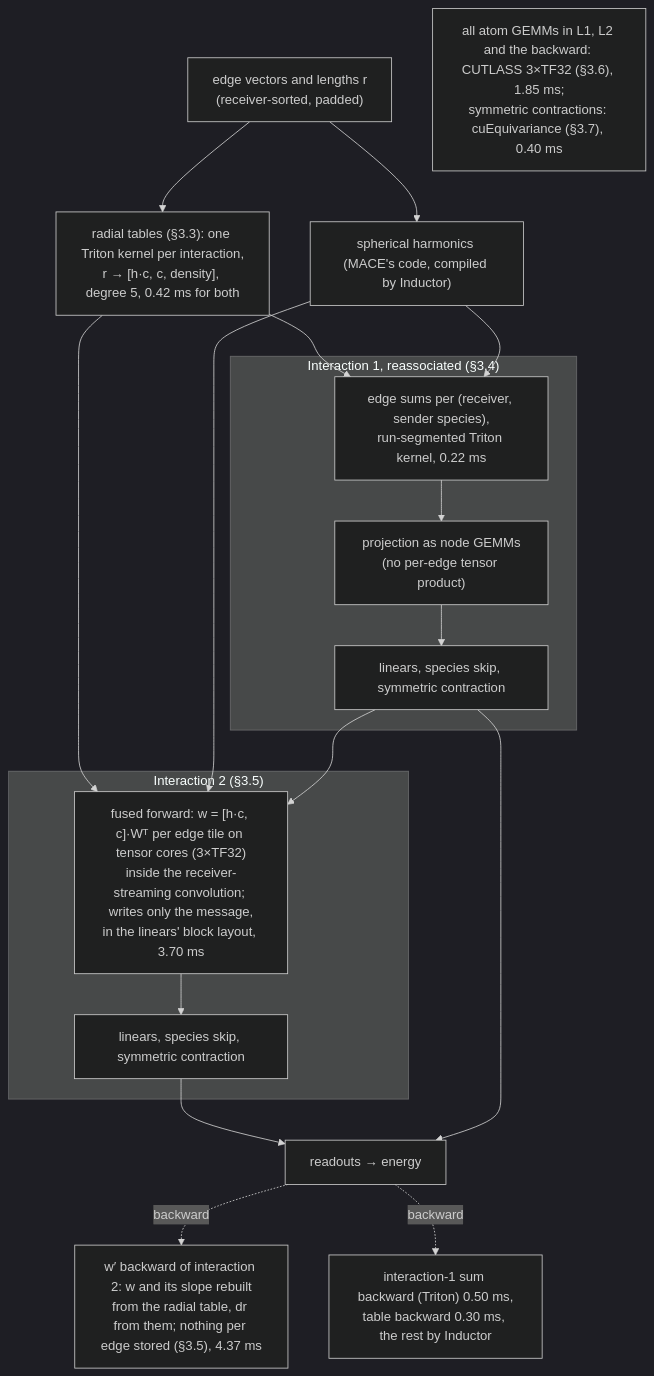
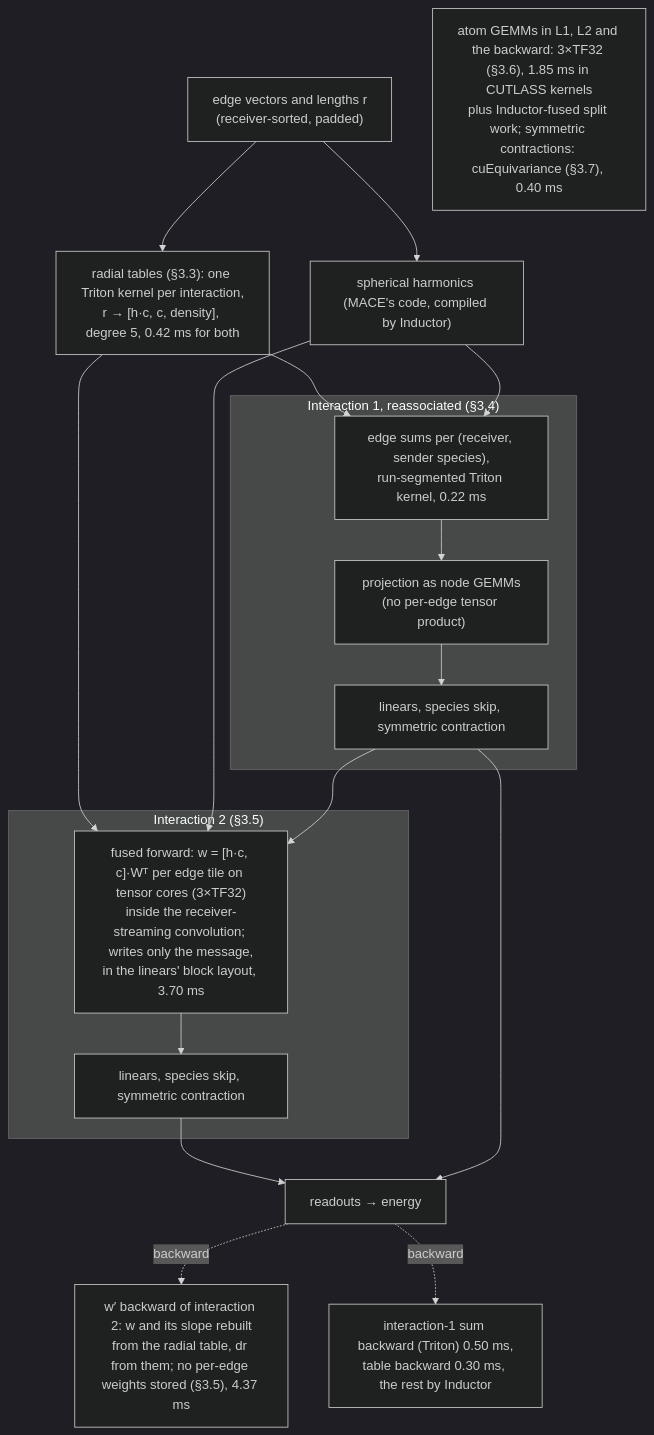
The fourth of 7 diagrams in docs/validation/omat0-a100-optimisations.md (FZWINGEL-UBT/FastMACE), drawn with Mermaid (dark theme) before and after one commit. The commit also changed other lines of this file, not shown here.

````diff
--- a/docs/validation/omat0-a100-optimisations.md
+++ b/docs/validation/omat0-a100-optimisations.md
@@ -110,22 +120,22 @@
 ```mermaid
 flowchart TB
   E["edge vectors and lengths r<br/>(receiver-sorted, padded)"] --> TAB["radial tables (§3.3): one Triton kernel per interaction,<br/>r → [h·c, c, density], degree 5, 0.42 ms for both"]
   E --> Y["spherical harmonics (MACE's code, compiled by Inductor)"]
   subgraph INT1["Interaction 1, reassociated (§3.4)"]
     OS["edge sums per (receiver, sender species),<br/>run-segmented Triton kernel, 0.22 ms"] --> NG1["projection as node GEMMs<br/>(no per-edge tensor product)"]
     NG1 --> L1["linears, species skip, symmetric contraction"]
   end
   subgraph INT2["Interaction 2 (§3.5)"]
     FF["fused forward: w = [h·c, c]·Wᵀ per edge tile on tensor cores (3×TF32)<br/>inside the receiver-streaming convolution; writes only the message,<br/>in the linears' block layout, 3.70 ms"] --> L2["linears, species skip, symmetric contraction"]
   end
   TAB --> OS
   Y --> OS
   TAB --> FF
   Y --> FF
   L1 --> FF
   L2 --> EN["readouts → energy"]
   L1 --> EN
-  EN -. "backward" .-> WB["w′ backward of interaction 2: w and its slope rebuilt<br/>from the radial table, dr from them; nothing per edge stored (§3.5), 4.37 ms"]
+  EN -. "backward" .-> WB["w′ backward of interaction 2: w and its slope rebuilt<br/>from the radial table, dr from them; no per-edge weights stored (§3.5), 4.37 ms"]
   EN -. "backward" .-> OB["interaction-1 sum backward (Triton) 0.50 ms,<br/>table backward 0.30 ms, the rest by Inductor"]
-  NOTE["all atom GEMMs in L1, L2 and the backward: CUTLASS 3×TF32 (§3.6), 1.85 ms;<br/>symmetric contractions: cuEquivariance (§3.7), 0.40 ms"]
+  NOTE["atom GEMMs in L1, L2 and the backward: 3×TF32 (§3.6), 1.85 ms in CUTLASS kernels<br/>plus Inductor-fused split work; symmetric contractions: cuEquivariance (§3.7), 0.40 ms"]
 ```
````
